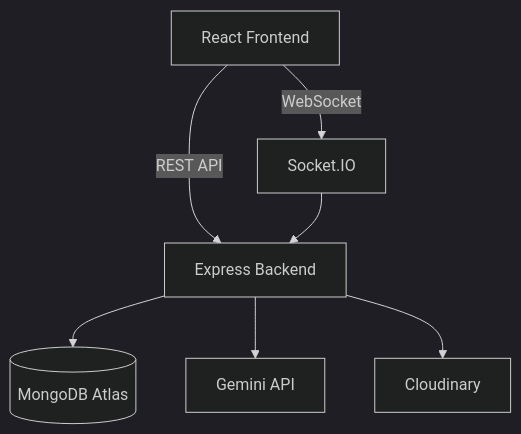
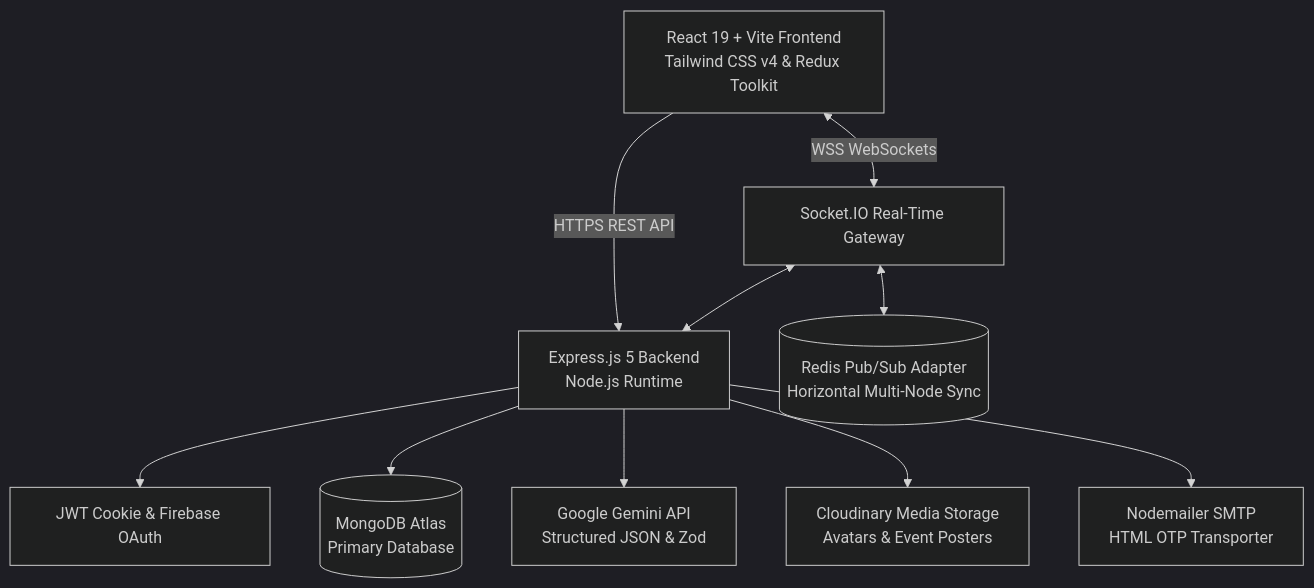
Before and after one commit to devashishhaldar2006/HackCentral: the diagram in README.md, drawn with Mermaid (dark theme). The commit also changed other lines of this file, not shown here.

````diff
--- a/README.md
+++ b/README.md
@@ -130,9 +151,14 @@
 ```mermaid
 graph TD
-    React[React Frontend] -->|REST API| Express[Express Backend]
-    React -->|WebSocket| Socket[Socket.IO]
-    Express --> Mongo[(MongoDB Atlas)]
-    Express --> Gemini[Gemini API]
-    Express --> Cloudinary[Cloudinary]
-    Socket --> Express
+    Client[React 19 + Vite Frontend\nTailwind CSS v4 & Redux Toolkit] -->|HTTPS REST API| API[Express.js 5 Backend\nNode.js Runtime]
+    Client <-->|WSS WebSockets| Gateway[Socket.IO Real-Time Gateway]
+    
+    API --> Auth[JWT Cookie & Firebase OAuth]
+    API --> DB[(MongoDB Atlas\nPrimary Database)]
+    API --> AI[Google Gemini API\nStructured JSON & Zod]
+    API --> CDN[Cloudinary Media Storage\nAvatars & Event Posters]
+    API --> Mail[Nodemailer SMTP\nHTML OTP Transporter]
+    
+    Gateway <--> Redis[(Redis Pub/Sub Adapter\nHorizontal Multi-Node Sync)]
+    Gateway <--> API
 ```
````
